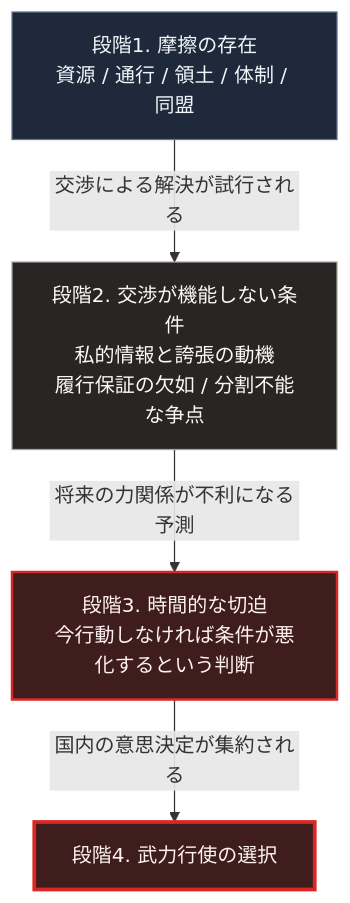
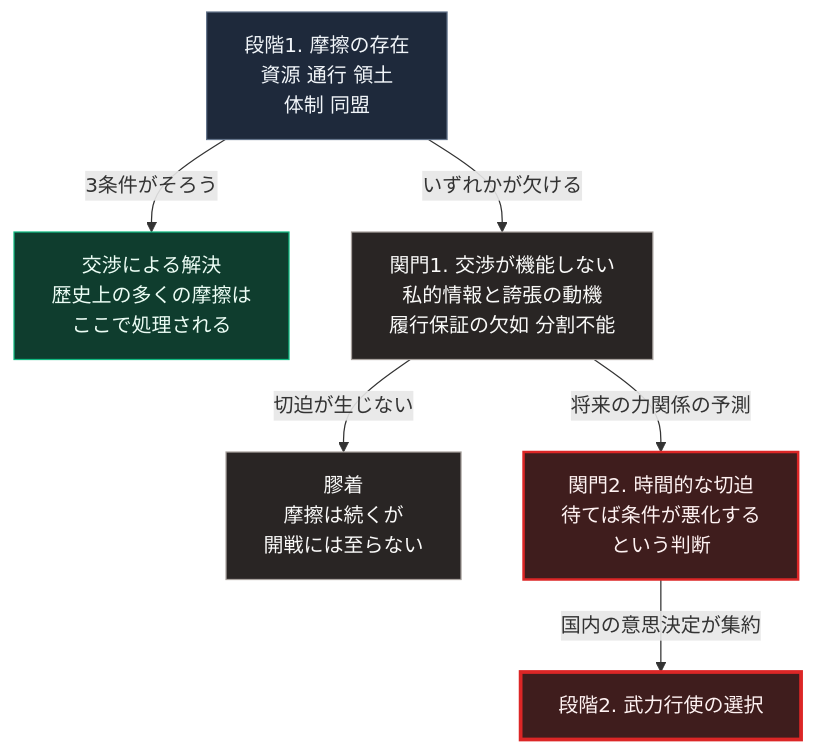
One commit to Takenori-Kusaka/zenn-content changed the diagram in books/sovereign-resilience-blueprint/war-why-states-fight.md. Above: the diagram before and after it, drawn with Mermaid. The commit also changed other lines of this file and 114 other files, not shown here.

````diff
--- a/books/sovereign-resilience-blueprint/war-why-states-fight.md
+++ b/books/sovereign-resilience-blueprint/war-why-states-fight.md
@@ -61,12 +61,16 @@
 ```mermaid
 flowchart TD
-    A[段階1. 摩擦の存在<br>資源 / 通行 / 領土 / 体制 / 同盟]
-    A -->|交渉による解決が試行される| B[段階2. 交渉が機能しない条件<br>私的情報と誇張の動機<br>履行保証の欠如 / 分割不能な争点]
-    B -->|将来の力関係が不利になる予測| C[段階3. 時間的な切迫<br>今行動しなければ条件が悪化するという判断]
-    C -->|国内の意思決定が集約される| D[段階4. 武力行使の選択]
+    A[段階1. 摩擦の存在<br>資源 通行 領土<br>体制 同盟]
+    A -->|3条件がそろう| X[交渉による解決<br>歴史上の多くの摩擦は<br>ここで処理される]
+    A -->|いずれかが欠ける| B[関門1. 交渉が機能しない<br>私的情報と誇張の動機<br>履行保証の欠如 分割不能]
+    B -->|切迫が生じない| Y[膠着<br>摩擦は続くが<br>開戦には至らない]
+    B -->|将来の力関係の予測| C[関門2. 時間的な切迫<br>待てば条件が悪化する<br>という判断]
+    C -->|国内の意思決定が集約| D[段階2. 武力行使の選択]
 
     style A fill:#1e293b,stroke:#64748b,color:#f1f5f9
+    style X fill:#0f3d2e,stroke:#10b981,color:#ecfdf5
     style B fill:#292524,stroke:#a8a29e,color:#fafaf9
+    style Y fill:#292524,stroke:#a8a29e,color:#fafaf9
     style C fill:#3f1d1d,stroke:#dc2626,stroke-width:2px,color:#fef2f2
     style D fill:#3f1d1d,stroke:#dc2626,stroke-width:3px,color:#fef2f2
 ```
````
